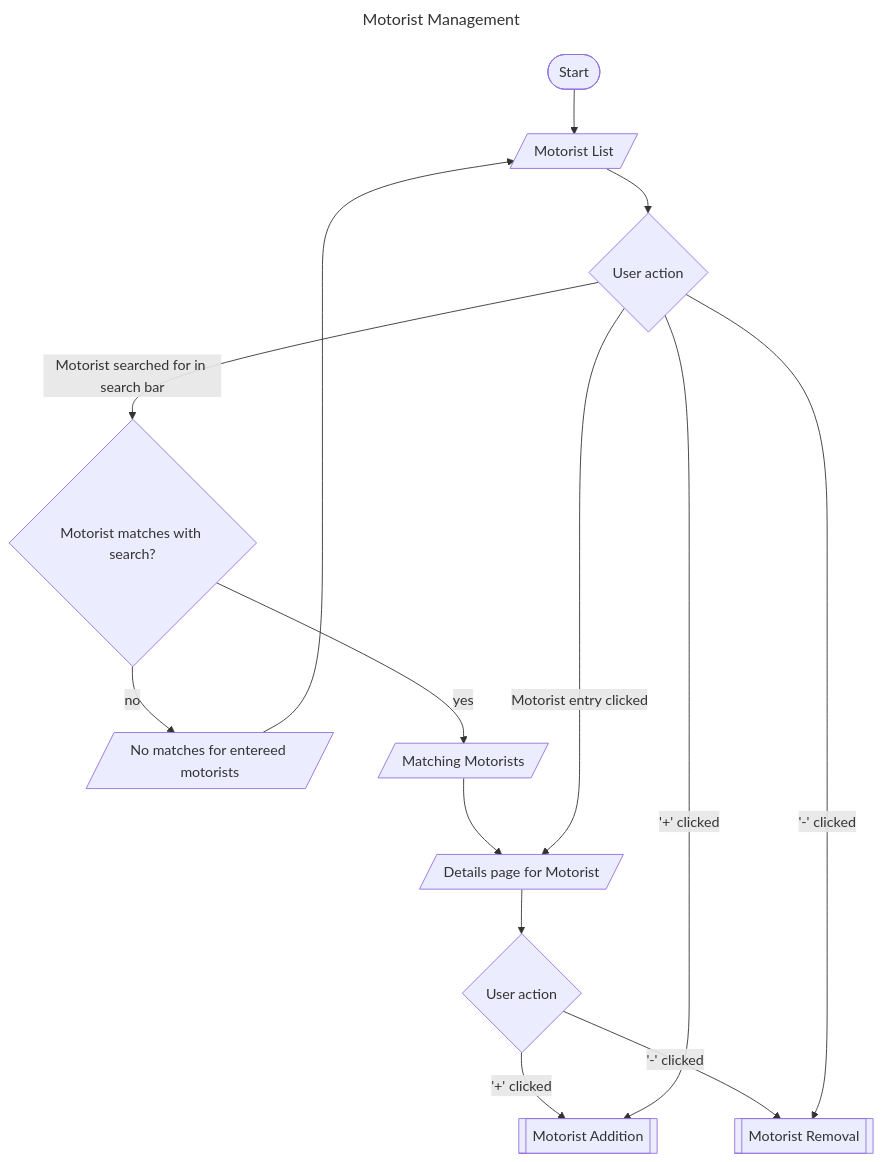
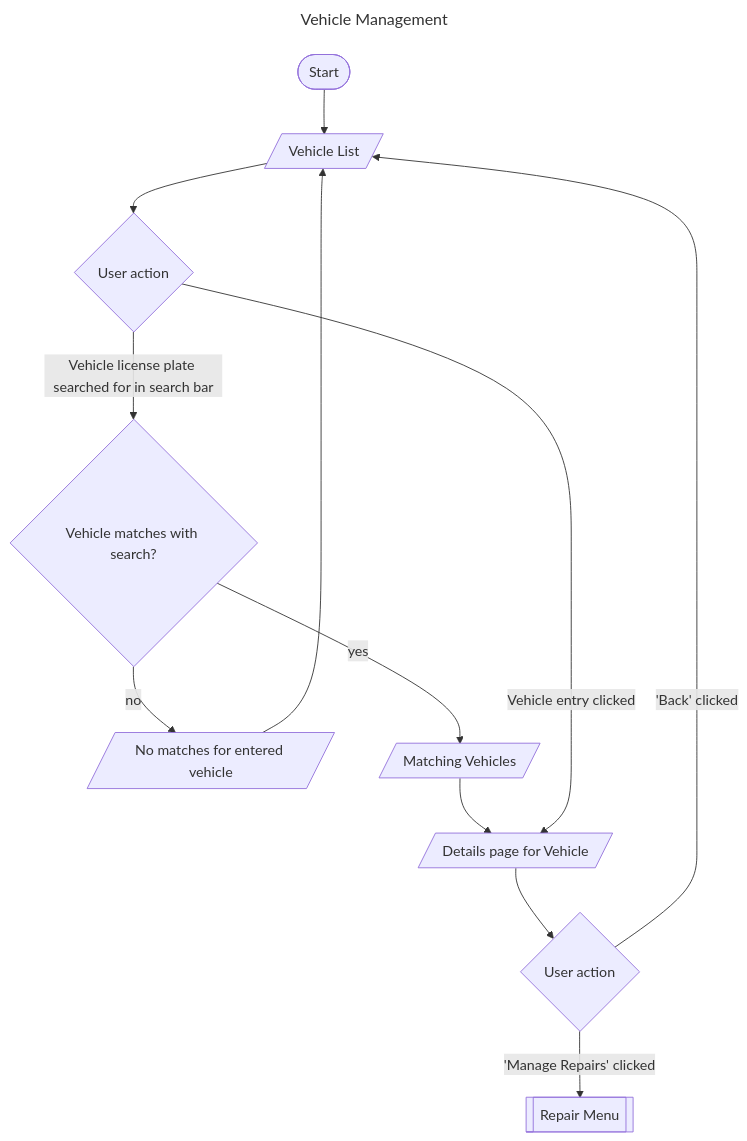
One commit to c3zbucket/advancedprogramming-project changed diagram 16 of 27 in DEVELOPMENT.md. Above: the diagram before and after it, drawn with Mermaid. The commit also changed other lines of this file and 1 other file, not shown here.

First line of the commit message:
2026-04-06 19:06:06: Amend devdiary with user flowcharts

````diff
--- a/DEVELOPMENT.md
+++ b/DEVELOPMENT.md
@@ -644,17 +640,15 @@
 ```mermaid
 ---
-title: Motorist Management
+title: Vehicle Management
 ---
 flowchart TD 
     start([Start])
-    --> menu[/Motorist List/] --> prompt1{User action}
-	    prompt1 -- Motorist searched for in search bar --> exist{Motorist matches with search?} 
-		exist -- no --> nomatch[/"No matches for entereed motorists"/] --> menu
-	    exist -- yes --> match[/Matching Motorists/] --> details
-	    prompt1 -- Motorist entry clicked  --> details[/Details page for Motorist/]
+    --> menu[/Vehicle List/] --> prompt1{User action}
+	    prompt1 -- Vehicle license plate searched for in search bar --> exist{Vehicle matches with search?} 
+		exist -- no --> nomatch[/"No matches for entered vehicle"/] --> menu
+	    exist -- yes --> match[/Matching Vehicles/] --> details
+	    prompt1 -- Vehicle entry clicked  --> details[/Details page for Vehicle/]
 		    details --> prompt2{User action}
-			    prompt2 -- '+' clicked --> addition
-			    prompt2 -- '-' clicked --> removal
-	    prompt1 -- '+' clicked  --> addition[[Motorist Addition]]
-	    prompt1 -- '-' clicked  --> removal[[Motorist Removal]]
+			    prompt2 -- 'Manage Repairs' clicked --> repairs[[Repair Menu]]
+			    prompt2 -- 'Back' clicked --> menu
 ```
````
